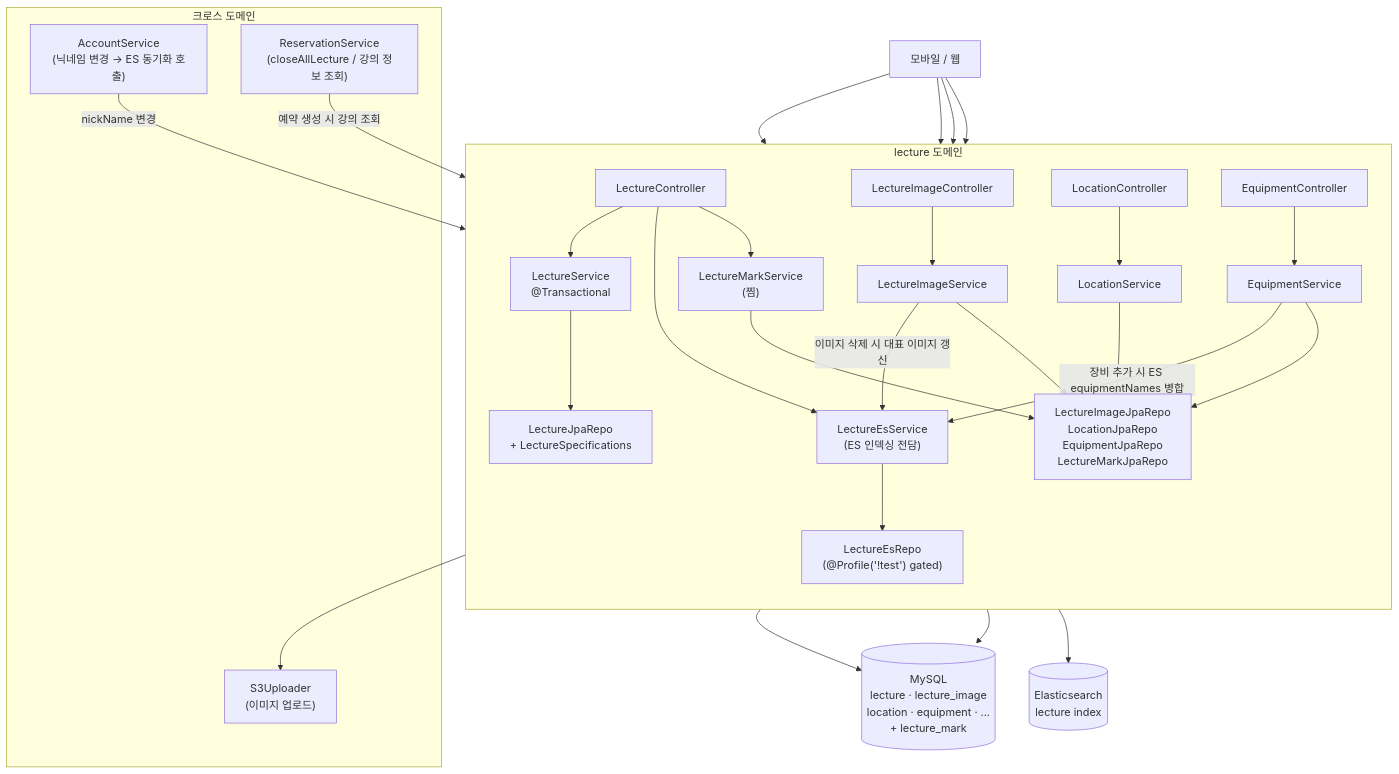
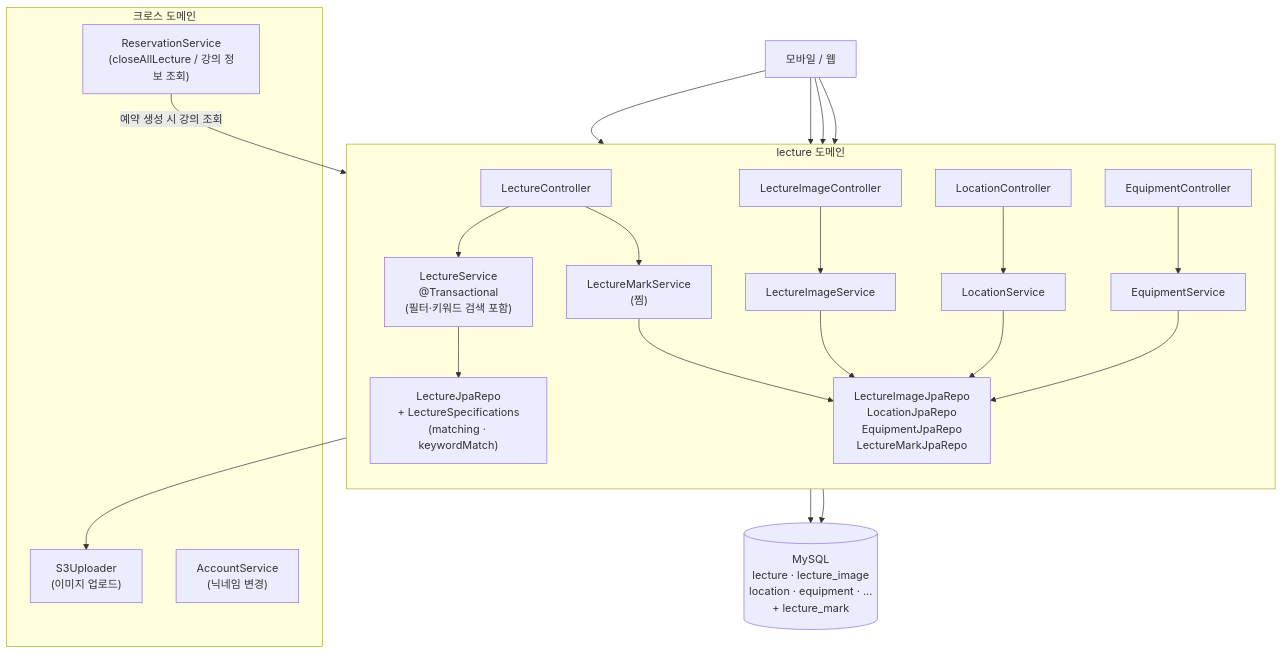
The first of 8 diagrams in docs/architecture/lecture.md (pungdong/Pungdong-Backend), drawn with Mermaid before and after one commit. The commit also changed other lines of this file and 7 other files, not shown here.

````diff
--- a/docs/architecture/lecture.md
+++ b/docs/architecture/lecture.md
@@ -15,63 +15,54 @@
 ```mermaid
 flowchart TB
     Client["모바일 / 웹"]
 
     subgraph Domain["lecture 도메인"]
         direction TB
         LCtrl["LectureController"]
         ICtrl["LectureImageController"]
         QCtrl["LocationController"]
         ECtrl["EquipmentController"]
 
-        LSvc["LectureService<br/>@Transactional"]
-        ESvc["LectureEsService<br/>(ES 인덱싱 전담)"]
+        LSvc["LectureService<br/>@Transactional<br/>(필터·키워드 검색 포함)"]
         ISvc["LectureImageService"]
         QSvc["LocationService"]
         EquipSvc["EquipmentService"]
         MSvc["LectureMarkService<br/>(찜)"]
 
-        LRepo["LectureJpaRepo<br/>+ LectureSpecifications"]
-        ERepo["LectureEsRepo<br/>(@Profile('!test') gated)"]
+        LRepo["LectureJpaRepo<br/>+ LectureSpecifications<br/>(matching · keywordMatch)"]
         OtherRepos["LectureImageJpaRepo<br/>LocationJpaRepo<br/>EquipmentJpaRepo<br/>LectureMarkJpaRepo"]
     end
 
     subgraph Cross["크로스 도메인"]
         S3["S3Uploader<br/>(이미지 업로드)"]
-        AccSvc["AccountService<br/>(닉네임 변경 → ES 동기화 호출)"]
+        AccSvc["AccountService<br/>(닉네임 변경)"]
         ReservSvc["ReservationService<br/>(closeAllLecture / 강의 정보 조회)"]
     end
 
     DB[("MySQL<br/>lecture · lecture_image<br/>location · equipment · ...<br/>+ lecture_mark")]
-    ES[("Elasticsearch<br/>lecture index")]
 
     Client --> LCtrl
     Client --> ICtrl
     Client --> QCtrl
     Client --> ECtrl
 
     LCtrl --> LSvc
-    LCtrl --> ESvc
     LCtrl --> MSvc
 
     ICtrl --> ISvc
     ISvc --> S3
-    ISvc -->|이미지 삭제 시 대표 이미지 갱신| ESvc
 
     QCtrl --> QSvc
     ECtrl --> EquipSvc
-    EquipSvc -->|장비 추가 시 ES equipmentNames 병합| ESvc
 
     LSvc --> LRepo
-    ESvc --> ERepo
     ISvc --> OtherRepos
     QSvc --> OtherRepos
     EquipSvc --> OtherRepos
     MSvc --> OtherRepos
 
     LRepo --> DB
     OtherRepos --> DB
-    ERepo --> ES
 
-    AccSvc -->|nickName 변경| ESvc
     ReservSvc -->|예약 생성 시 강의 조회| LSvc
 ```
````
